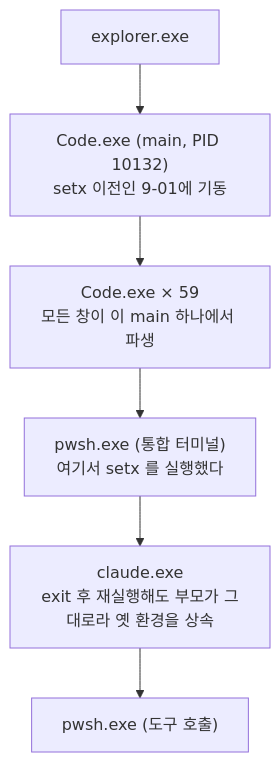
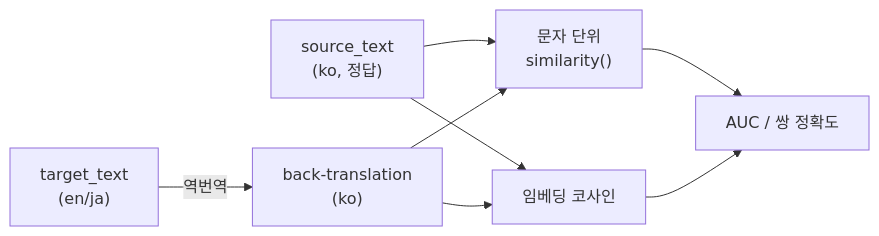
The diagram in HANDOFF.md (withwooyong/cuesift), drawn with Mermaid before and after one commit. The commit also changed other lines of this file and 4 other files, not shown here.

````diff
--- a/HANDOFF.md
+++ b/HANDOFF.md
@@ -72,8 +43,10 @@
 ```mermaid
-flowchart TD
-    E[explorer.exe] --> C1["Code.exe (main, PID 10132)<br/>setx 이전인 9-01에 기동"]
-    C1 --> C2["Code.exe × 59<br/>모든 창이 이 main 하나에서 파생"]
-    C2 --> P1["pwsh.exe (통합 터미널)<br/>여기서 setx 를 실행했다"]
-    P1 --> CC["claude.exe<br/>exit 후 재실행해도 부모가 그대로라 옛 환경을 상속"]
-    CC --> P2["pwsh.exe (도구 호출)"]
+flowchart LR
+    T["target_text<br/>(en/ja)"] -->|역번역| B["back-translation<br/>(ko)"]
+    S["source_text<br/>(ko, 정답)"] --> C1
+    B --> C1["문자 단위<br/>similarity()"]
+    S --> C2
+    B --> C2["임베딩 코사인"]
+    C1 --> R["AUC / 쌍 정확도"]
+    C2 --> R
 ```
````
